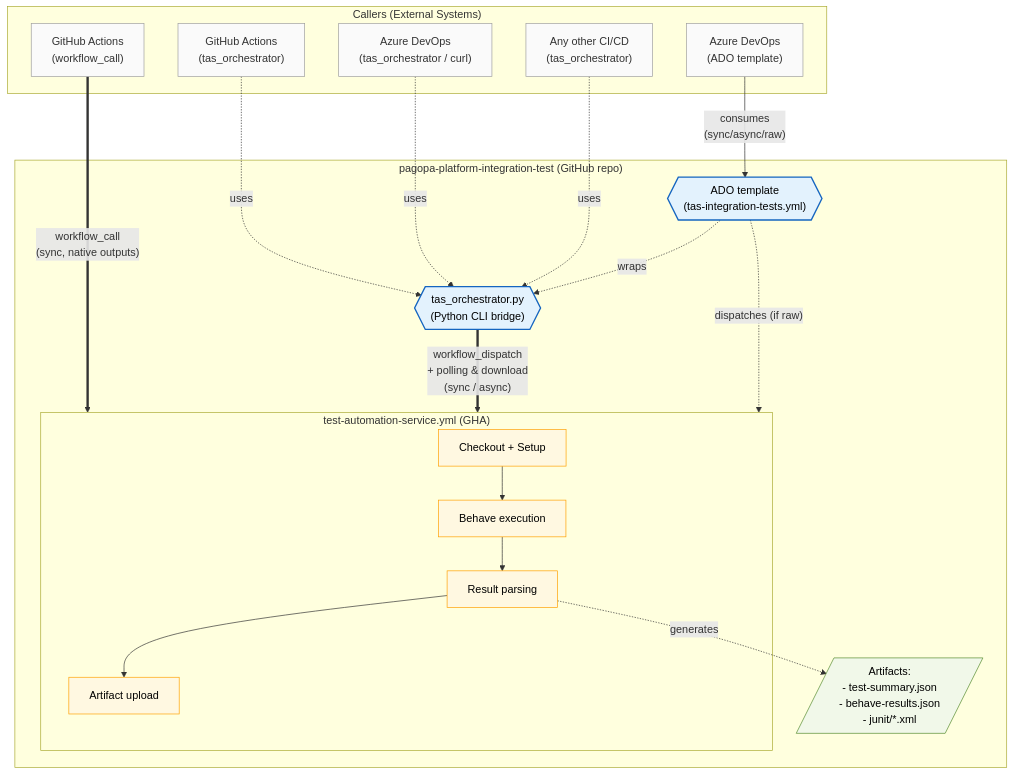
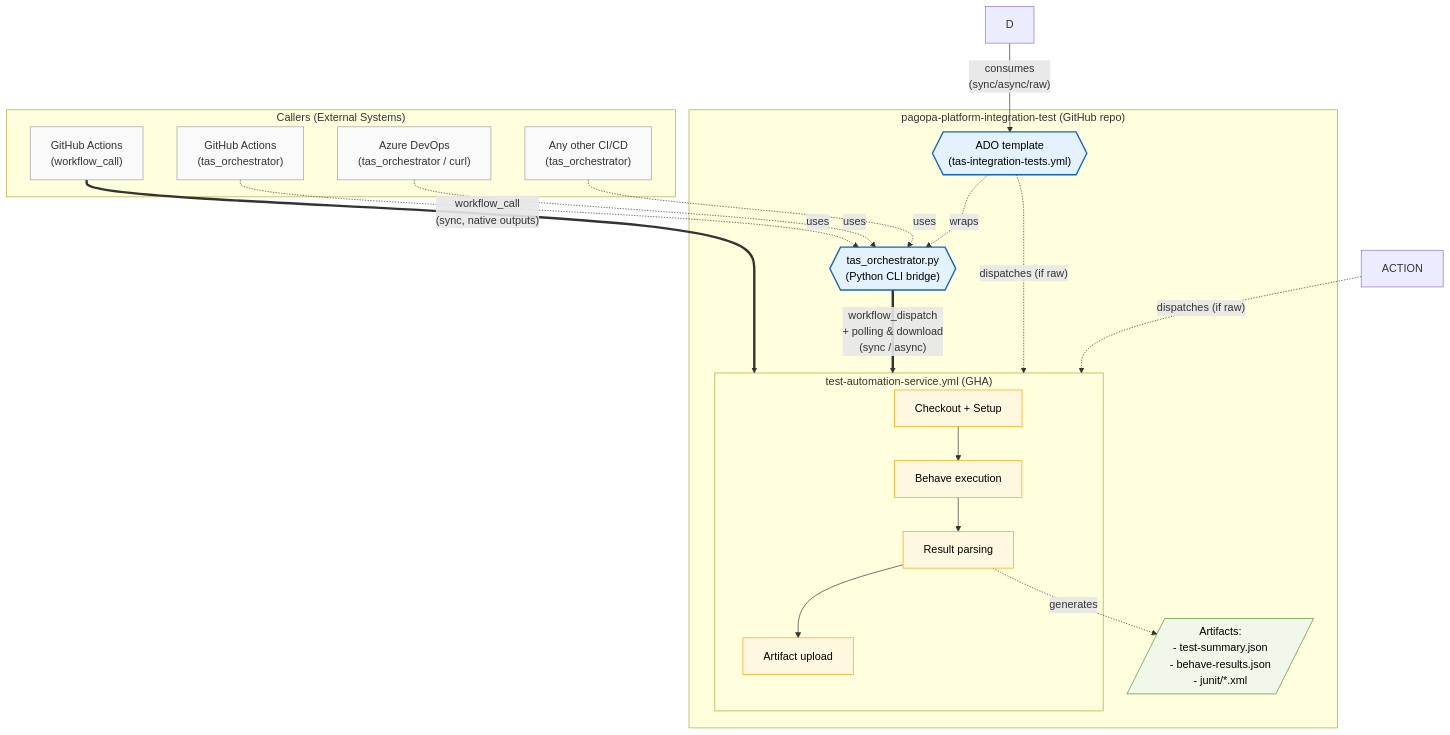
The diagram in docs/tas/tas-architecture.md (pagopa/pagopa-platform-integration-test), drawn with Mermaid before and after one commit. The commit also changed other lines of this file and 7 other files, not shown here.

Commit message:
[PQ-456] TAS - add GHA template (composite action)

````diff
--- a/docs/tas/tas-architecture.md
+++ b/docs/tas/tas-architecture.md
@@ -17,46 +17,46 @@
 ```mermaid
 flowchart TD
 %% Impostazioni di stile per migliorare la leggibilità
   classDef caller fill:#fafafa,stroke:#9e9e9e,stroke-width:1px,color:#333
   classDef gateway fill:#e3f2fd,stroke:#1565c0,stroke-width:2px,color:#000
   classDef work fill:#fff8e1,stroke:#ffa000,stroke-width:1px,color:#000
   classDef art fill:#f1f8e9,stroke:#558b2f,stroke-width:1px,color:#000
 
   subgraph CALLERS["Callers (External Systems)"]
     A["GitHub Actions<br/>(workflow_call)"]:::caller
     B["GitHub Actions<br/>(tas_orchestrator)"]:::caller
     C["Azure DevOps<br/>(tas_orchestrator / curl)"]:::caller
-    D["Azure DevOps<br/>(ADO template)"]:::caller
     E["Any other CI/CD<br/>(tas_orchestrator)"]:::caller
   end
 
   subgraph TAS["pagopa-platform-integration-test (GitHub repo)"]
     TEMPLATE{{"ADO template<br/>(tas-integration-tests.yml)"}}:::gateway
     SCRIPT{{"tas_orchestrator.py<br/>(Python CLI bridge)"}}:::gateway
 
     subgraph WORKFLOW["test-automation-service.yml (GHA)"]
       W1["Checkout + Setup"]:::work
       W2["Behave execution"]:::work
       W3["Result parsing"]:::work
       W4["Artifact upload"]:::work
 
       W1 --> W2 --> W3 --> W4
     end
 
     RESULTS[/"Artifacts:<br/>- test-summary.json<br/>- behave-results.json<br/>- junit/*.xml"/]:::art
 
     W3 -. "generates" .-> RESULTS
   end
 
 %% Connessioni dai Callers ai Gateway
   D -- "consumes<br/>(sync/async/raw)" --> TEMPLATE
   B -. "uses" .-> SCRIPT
   C -. "uses" .-> SCRIPT
   E -. "uses" .-> SCRIPT
   TEMPLATE -. "wraps" .-> SCRIPT
 
 %% Connessioni verso il Workflow
   A == "workflow_call<br/>(sync, native outputs)" ==> WORKFLOW
   SCRIPT == "workflow_dispatch<br/>+ polling & download<br/>(sync / async)" ==> WORKFLOW
   TEMPLATE -. "dispatches (if raw)" .-> WORKFLOW
+  ACTION  -. "dispatches (if raw)" .-> WORKFLOW
 ```
````
